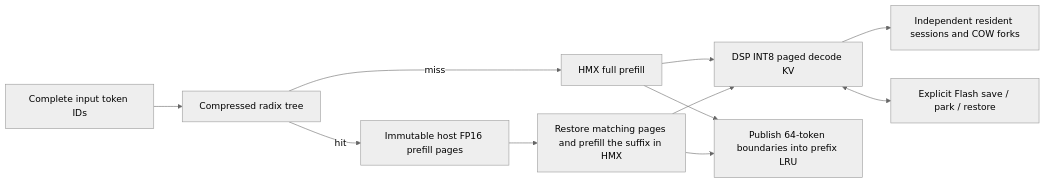
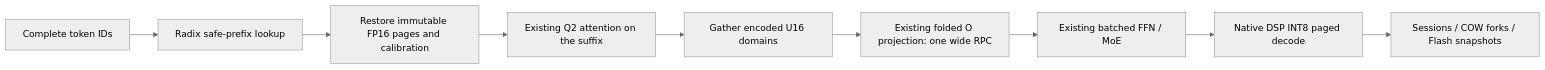
The diagram in docs/gemma4-htp-radix-prefix.md (nntrainer/nntrainer), drawn with Mermaid (neutral theme) before and after one commit. The commit also changed other lines of this file and 4 other files, not shown here.

````diff
--- a/docs/gemma4-htp-radix-prefix.md
+++ b/docs/gemma4-htp-radix-prefix.md
@@ -10,13 +36,11 @@
 ```mermaid
 flowchart LR
-  T[Complete input token IDs] --> R[Compressed radix tree]
-  R -->|hit| P[Immutable host FP16 prefill pages]
-  R -->|miss| F[HMX full prefill]
-  P --> S[Restore matching pages and prefill the suffix in HMX]
-  F --> I[DSP INT8 paged decode KV]
-  S --> I
-  F --> L[Publish 64-token boundaries into prefix LRU]
-  S --> L
-  I --> C[Independent resident sessions and COW forks]
-  I <--> D[Explicit Flash save / park / restore]
+  I[Complete token IDs] --> R[Radix safe-prefix lookup]
+  R --> P[Restore immutable FP16 pages and calibration]
+  P --> Q[Existing Q2 attention on the suffix]
+  Q --> U[Gather encoded U16 domains]
+  U --> O[Existing folded O projection: one wide RPC]
+  O --> M[Existing batched FFN / MoE]
+  M --> D[Native DSP INT8 paged decode]
+  D --> S[Sessions / COW forks / Flash snapshots]
 ```
````
